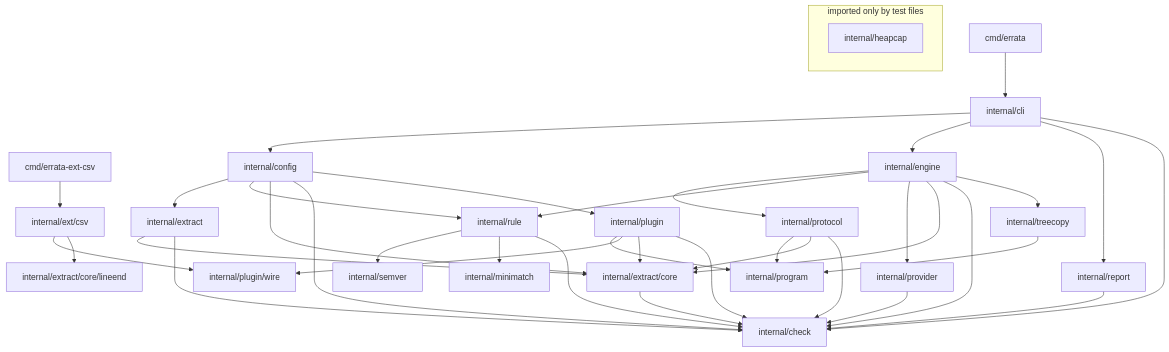
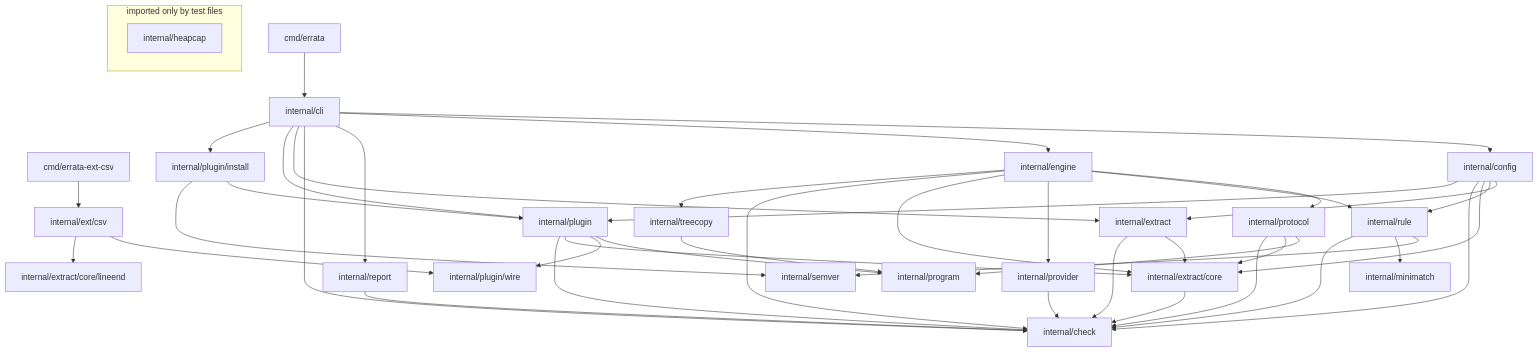
Before and after one commit to f-klement/errata: the second of 9 diagrams in docs/architecture.md, drawn with Mermaid. The commit also changed other lines of this file and 36 other files, not shown here.

````diff
--- a/docs/architecture.md
+++ b/docs/architecture.md
@@ -164,62 +177,68 @@
 ```mermaid
 flowchart TB
     %% packages: TestArchitectureDrawsEveryImport compares this graph with the imports
     cmd_errata["cmd/errata"]
     cmd_errata_ext_csv["cmd/errata-ext-csv"]
     extcsv["internal/ext/csv"]
     lineend["internal/extract/core/lineend"]
     cli["internal/cli"]
     config["internal/config"]
     engine["internal/engine"]
     rule["internal/rule"]
     semver["internal/semver"]
     minimatch["internal/minimatch"]
     protocol["internal/protocol"]
     program["internal/program"]
     plugin["internal/plugin"]
     wire["internal/plugin/wire"]
+    install["internal/plugin/install"]
     treecopy["internal/treecopy"]
     provider["internal/provider"]
     report["internal/report"]
     extract["internal/extract"]
     core["internal/extract/core"]
     check["internal/check"]
     subgraph testonly ["imported only by test files"]
         heapcap["internal/heapcap"]
     end
     cmd_errata --> cli
     cli --> config
     cli --> engine
     cli --> report
     cli --> check
+    cli --> extract
+    cli --> plugin
+    cli --> install
+    install --> plugin
+    install --> semver
     config --> extract
     config --> rule
     config --> core
     config --> check
     config --> plugin
     plugin --> program
     plugin --> wire
     plugin --> core
     plugin --> check
     cmd_errata_ext_csv --> extcsv
     extcsv --> wire
     extcsv --> lineend
     engine --> protocol
     engine --> rule
     engine --> provider
     engine --> core
     engine --> check
     engine --> treecopy
     treecopy --> program
     rule --> semver
     rule --> minimatch
     rule --> check
     protocol --> program
     protocol --> core
     protocol --> check
     provider --> check
     report --> check
     extract --> core
     extract --> check
     core --> check
 ```
````
